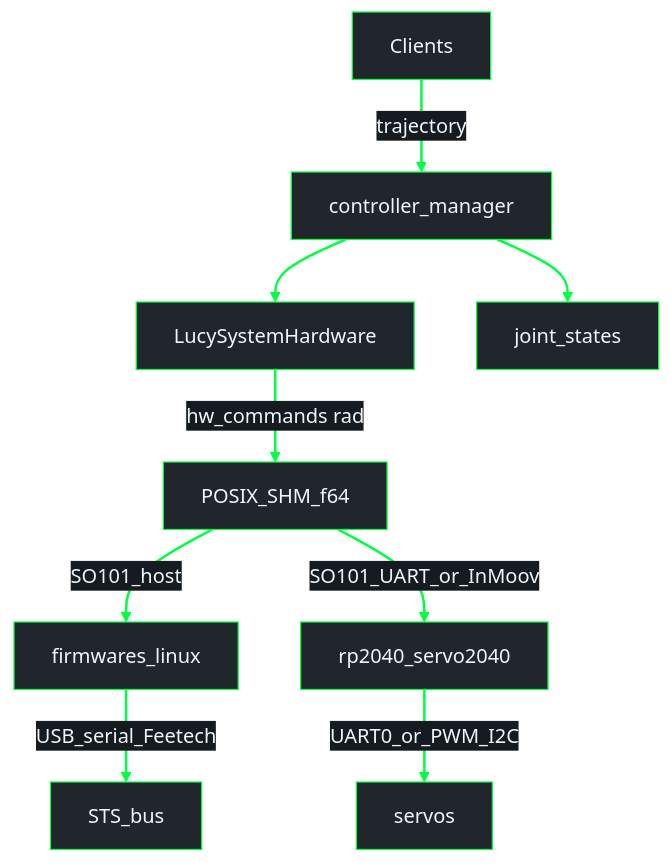
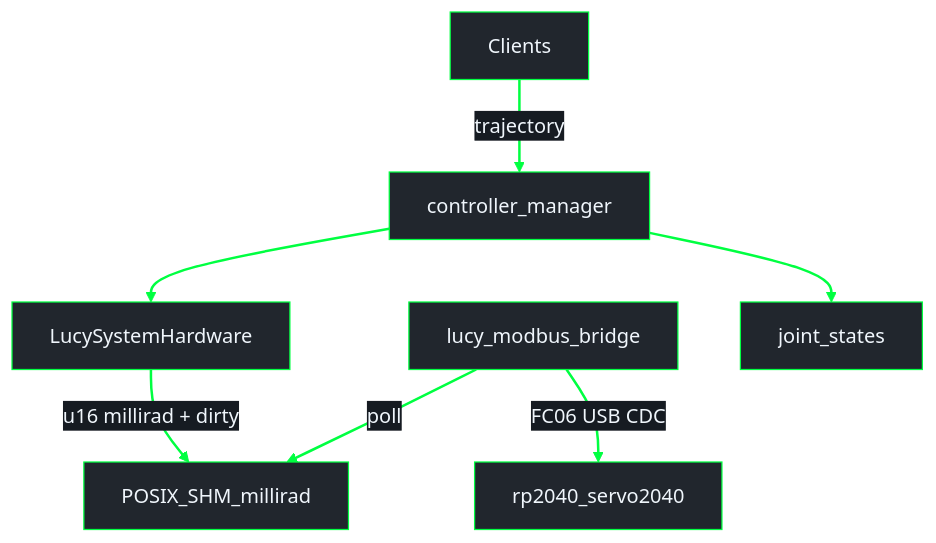
One commit to Lucy-Robotics/lucy_ros_packages changed the second of 2 diagrams in docs/architecture/pipeline_shm.md. Above: the diagram before and after it, drawn with Mermaid. The commit also changed other lines of this file and 3 other files, not shown here.

Commit message:
evol(architecture): lead with Modbus millirad path; label f64 as WIP

````diff
--- a/docs/architecture/pipeline_shm.md
+++ b/docs/architecture/pipeline_shm.md
@@ -88,21 +46,19 @@
 ```mermaid
 %%{init: {"theme": "base", "themeVariables": {"darkMode": true, "background": "#0d1117", "mainBkg": "#21262d", "primaryColor": "#21262d", "primaryTextColor": "#f0f6fc", "primaryBorderColor": "#00FF41", "secondaryColor": "#161b22", "secondaryTextColor": "#f0f6fc", "secondaryBorderColor": "#00FF41", "tertiaryColor": "#161b22", "tertiaryTextColor": "#f0f6fc", "tertiaryBorderColor": "#00FF41", "lineColor": "#00FF41", "textColor": "#f0f6fc", "nodeTextColor": "#f0f6fc", "edgeLabelBackground": "#161b22", "clusterBkg": "#0d1117", "clusterBorder": "#00FF41", "titleColor": "#f0f6fc"}}}%%
 flowchart TB
   Clients["Clients"]
   CM["controller_manager"]
   HI["LucySystemHardware"]
-  SHM["POSIX_SHM_f64"]
-  LinuxFW["firmwares_linux"]
-  S2040["rp2040_servo2040"]
+  SHM["POSIX_SHM_millirad"]
+  Bridge["lucy_modbus_bridge"]
+  FW["rp2040_servo2040"]
   JS["joint_states"]
 
   Clients -->|"trajectory"| CM
   CM --> HI
   CM --> JS
-  HI -->|"hw_commands rad"| SHM
-  SHM -->|"SO101_host"| LinuxFW
-  SHM -->|"SO101_UART_or_InMoov"| S2040
-  LinuxFW -->|"USB_serial_Feetech"| STS["STS_bus"]
-  S2040 -->|"UART0_or_PWM_I2C"| Out["servos"]
+  HI -->|"u16 millirad + dirty"| SHM
+  Bridge -->|"poll"| SHM
+  Bridge -->|"FC06 USB CDC"| FW
   linkStyle default stroke:#00FF41,stroke-width:2px
 ```
````
